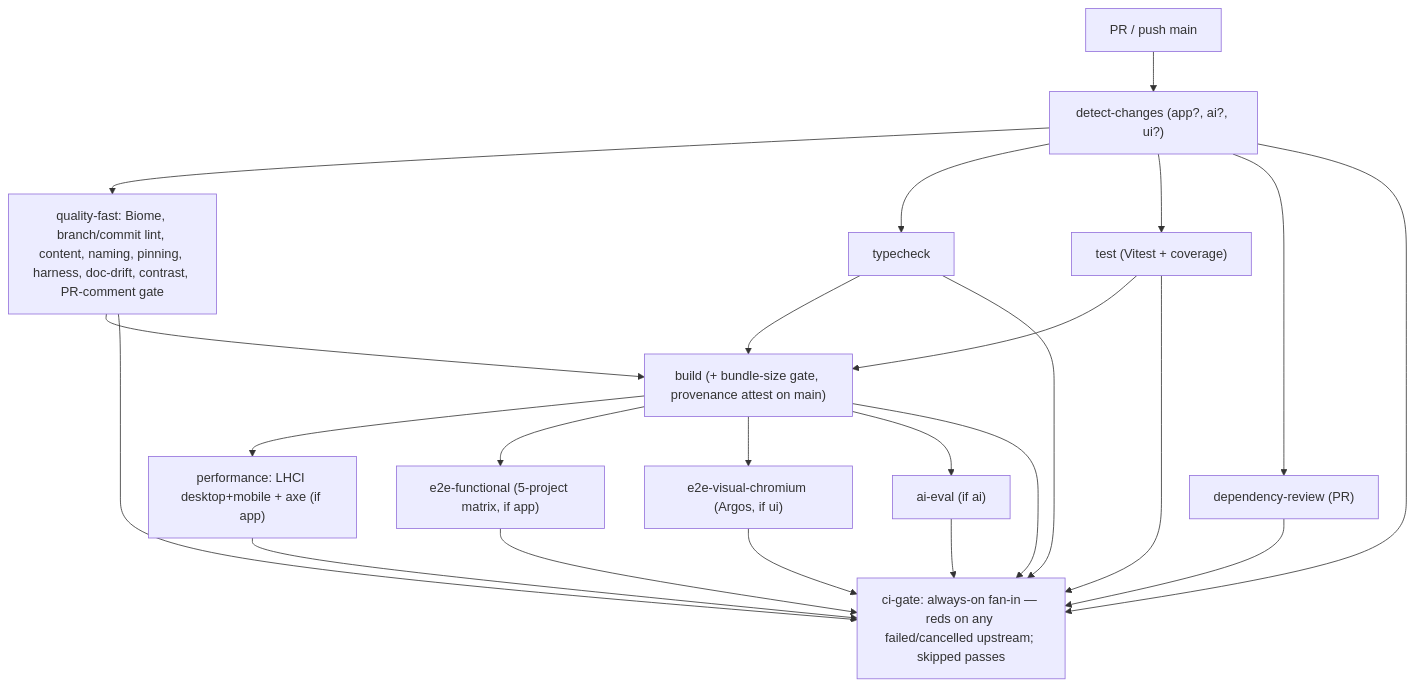
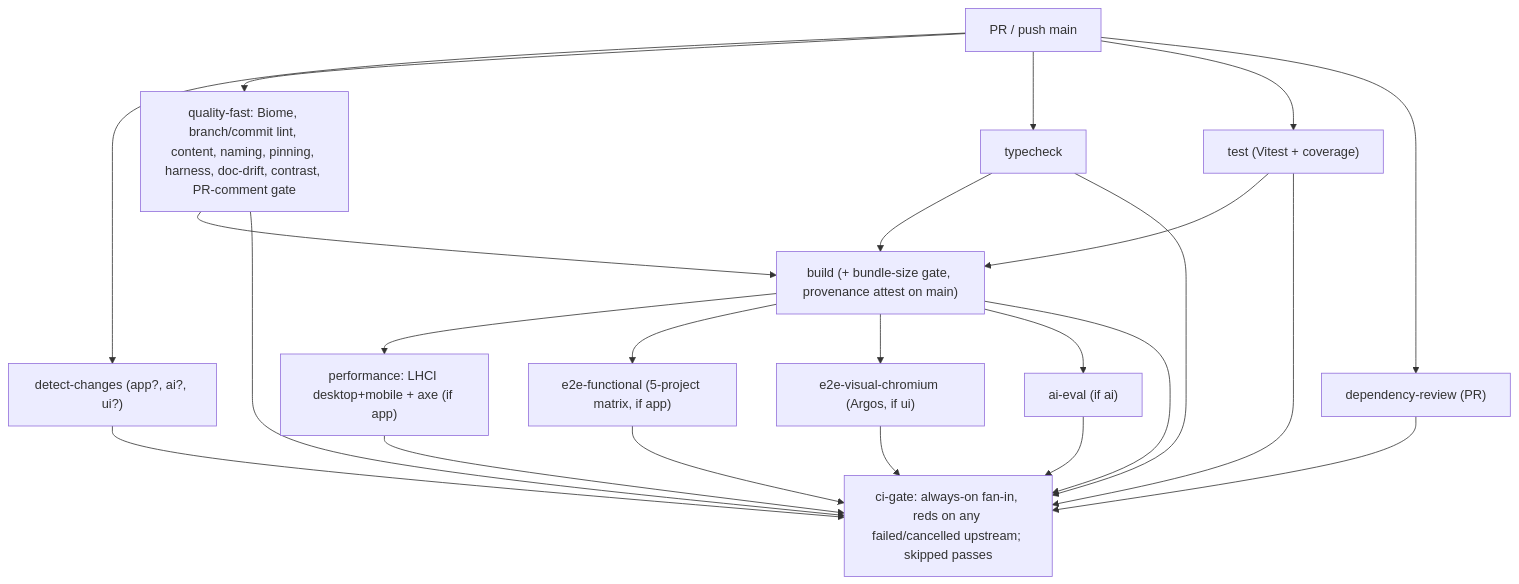
One commit to erikunha/portfolio changed the second of 2 diagrams in docs/07-workflows.md. Above: the diagram before and after it, drawn with Mermaid. The commit also changed other lines of this file and 15 other files, not shown here.

````diff
--- a/docs/07-workflows.md
+++ b/docs/07-workflows.md
@@ -73,26 +74,26 @@
 ```mermaid
 flowchart TD
     pr["PR / push main"] --> dc["detect-changes (app?, ai?, ui?)"]
-    dc --> qf["quality-fast: Biome, branch/commit lint, content, naming, pinning, harness, doc-drift, contrast, PR-comment gate"]
-    dc --> tc["typecheck"]
-    dc --> t["test (Vitest + coverage)"]
-    dc --> dr["dependency-review (PR)"]
+    pr --> qf["quality-fast: Biome, branch/commit lint, content, naming, pinning, harness, doc-drift, contrast, PR-comment gate"]
+    pr --> tc["typecheck"]
+    pr --> t["test (Vitest + coverage)"]
+    pr --> dr["dependency-review (PR)"]
     qf --> b["build (+ bundle-size gate, provenance attest on main)"]
     tc --> b
     t --> b
     b --> perf["performance: LHCI desktop+mobile + axe (if app)"]
     b --> e2e["e2e-functional (5-project matrix, if app)"]
     b --> vis["e2e-visual-chromium (Argos, if ui)"]
     b --> ev["ai-eval (if ai)"]
     dc --> gate
     qf --> gate
     tc --> gate
     t --> gate
     dr --> gate
     b --> gate
     perf --> gate
     e2e --> gate
     vis --> gate
     ev --> gate
-    gate["ci-gate: always-on fan-in — reds on any failed/cancelled upstream; skipped passes"]
+    gate["ci-gate: always-on fan-in, reds on any failed/cancelled upstream; skipped passes"]
 ```
````
